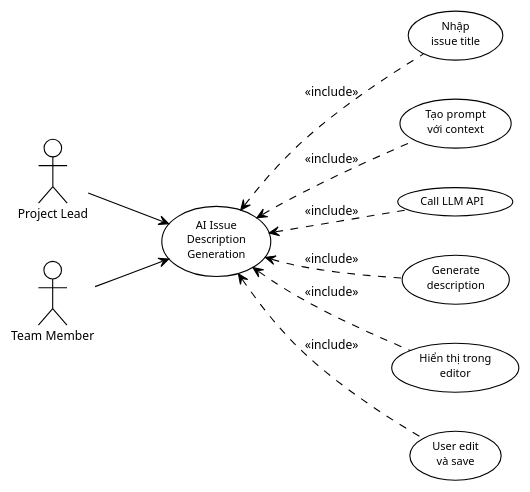
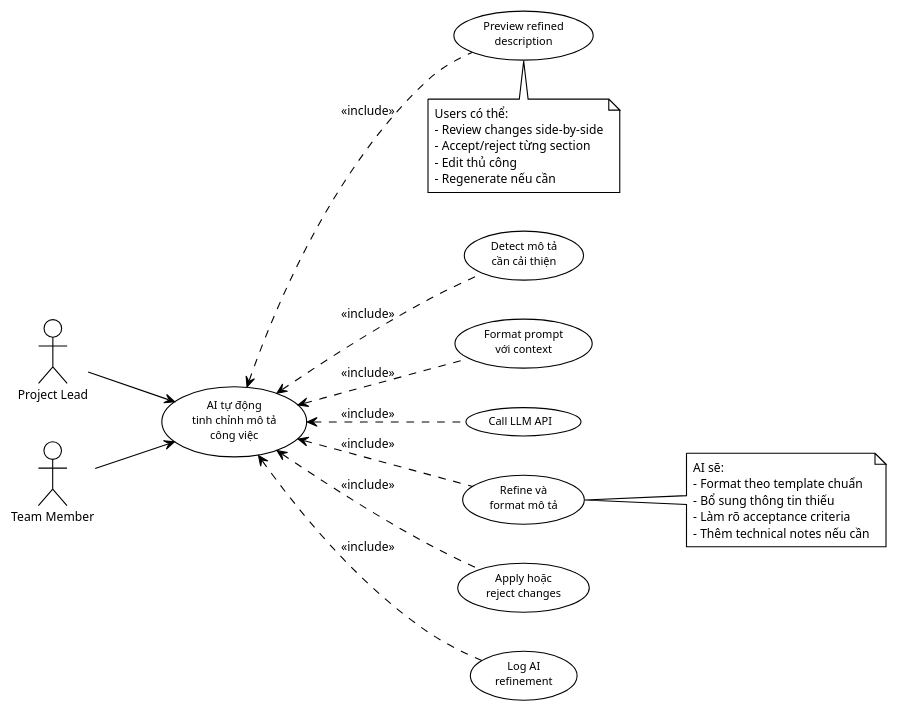
The diagram in reports/dat-examples/report/images/uc06_2_ai_description.puml (toantran292/datn), drawn with PlantUML before and after one commit. The commit also changed 7 other files, not shown here.

```diff
--- a/reports/dat-examples/report/images/uc06_2_ai_description.puml
+++ b/reports/dat-examples/report/images/uc06_2_ai_description.puml
@@ -1,29 +1,47 @@
 @startuml
 !theme plain
 skinparam defaultFontSize 11
 skinparam usecaseFontSize 10
 
 left to right direction
 
 actor "Project Lead" as PL
 actor "Team Member" as TM
 
-usecase "AI Issue\nDescription\nGeneration" as UC_GenDesc
-usecase "Nhập\nissue title" as UC_InputTitle
-usecase "Tạo prompt\nvới context" as UC_CreatePrompt
+usecase "AI tự động\ntinh chỉnh mô tả\ncông việc" as UC_RefineDesc
+usecase "Detect mô tả\ncần cải thiện" as UC_DetectDesc
+usecase "Format prompt\nvới context" as UC_FormatPrompt
 usecase "Call LLM API" as UC_CallAPI
-usecase "Generate\ndescription" as UC_Generate
-usecase "Hiển thị trong\neditor" as UC_ShowEditor
-usecase "User edit\nvà save" as UC_EditSave
+usecase "Refine và\nformat mô tả" as UC_Refine
+usecase "Preview refined\ndescription" as UC_Preview
+usecase "Apply hoặc\nreject changes" as UC_ApplyChanges
+usecase "Log AI\nrefinement" as UC_LogAI
 
-PL --> UC_GenDesc
-TM --> UC_GenDesc
+PL --> UC_RefineDesc
+TM --> UC_RefineDesc
 
-UC_InputTitle .up.> UC_GenDesc : <<include>>
-UC_CreatePrompt .up.> UC_GenDesc : <<include>>
-UC_CallAPI .up.> UC_GenDesc : <<include>>
-UC_Generate .up.> UC_GenDesc : <<include>>
-UC_ShowEditor .up.> UC_GenDesc : <<include>>
-UC_EditSave .up.> UC_GenDesc : <<include>>
+UC_DetectDesc .up.> UC_RefineDesc : <<include>>
+UC_FormatPrompt .up.> UC_RefineDesc : <<include>>
+UC_CallAPI .up.> UC_RefineDesc : <<include>>
+UC_Refine .up.> UC_RefineDesc : <<include>>
+UC_Preview .up.> UC_RefineDesc : <<include>>
+UC_ApplyChanges .up.> UC_RefineDesc : <<include>>
+UC_LogAI .up.> UC_RefineDesc : <<include>>
+
+note right of UC_Refine
+  AI sẽ:
+  - Format theo template chuẩn
+  - Bổ sung thông tin thiếu
+  - Làm rõ acceptance criteria
+  - Thêm technical notes nếu cần
+end note
+
+note bottom of UC_Preview
+  Users có thể:
+  - Review changes side-by-side
+  - Accept/reject từng section
+  - Edit thủ công
+  - Regenerate nếu cần
+end note
 
 @enduml
```
